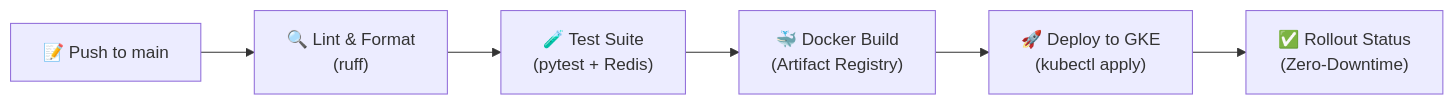
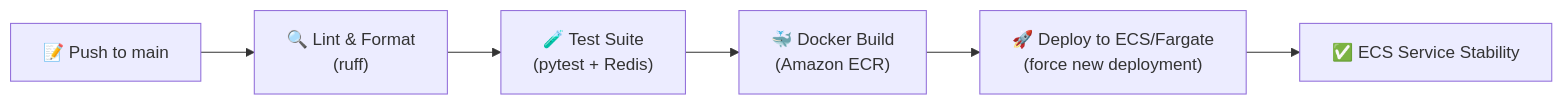
One commit to addy9051/autonomous_anomaly_resposne_agent changed the fifth of 6 diagrams in README.md. Above: the diagram before and after it, drawn with Mermaid. The commit also changed other lines of this file and 28 other files, not shown here.

````diff
--- a/README.md
+++ b/README.md
@@ -430,8 +439,8 @@
 ```mermaid
 graph LR
     A["📝 Push to main"] --> B["🔍 Lint & Format<br/>(ruff)"]
     B --> C["🧪 Test Suite<br/>(pytest + Redis)"]
-    C --> D["🐳 Docker Build<br/>(Artifact Registry)"]
-    D --> E["🚀 Deploy to GKE<br/>(kubectl apply)"]
-    E --> F["✅ Rollout Status<br/>(Zero-Downtime)"]
+    C --> D["🐳 Docker Build<br/>(Amazon ECR)"]
+    D --> E["🚀 Deploy to ECS/Fargate<br/>(force new deployment)"]
+    E --> F["✅ ECS Service Stability"]
 ```
````
